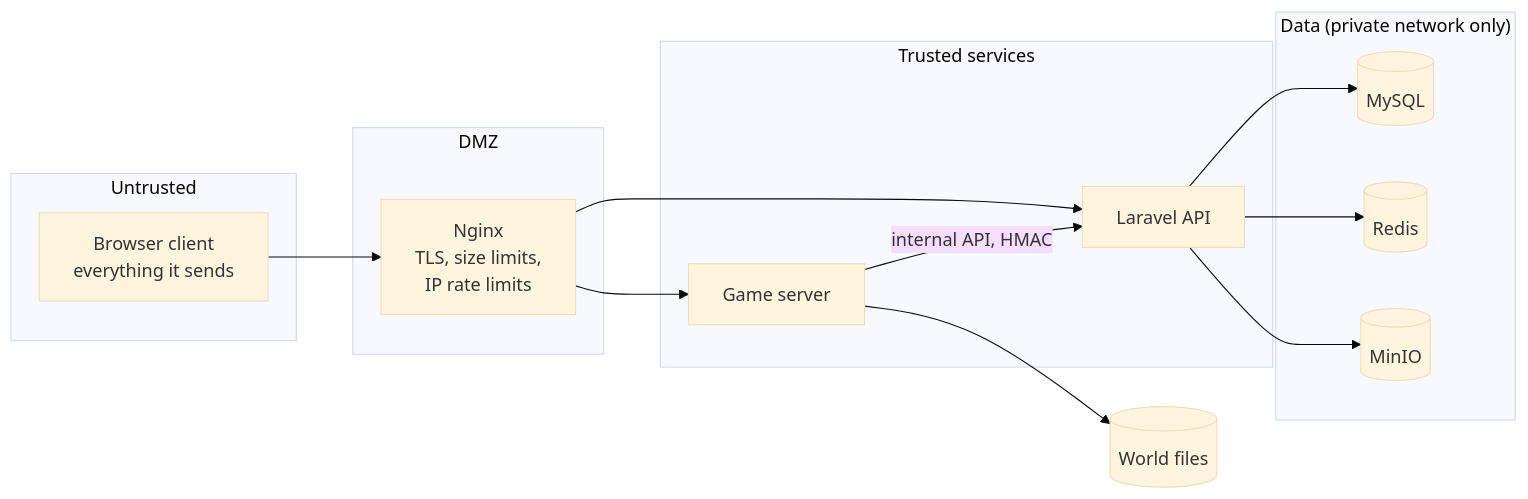
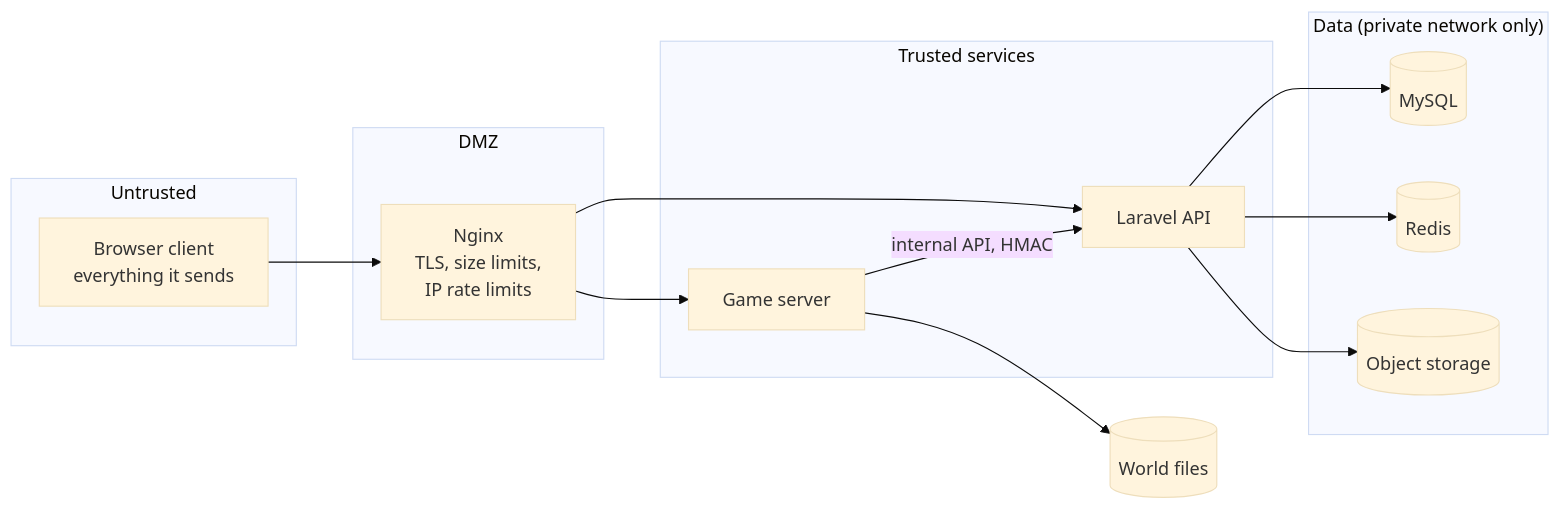
One commit to voxelize/voxelize changed the diagram in platform/docs/SECURITY.md. Above: the diagram before and after it, drawn with Mermaid (base theme). The commit also changed other lines of this file and 10 other files, not shown here.

First line of the commit message:
Object storage: SeaweedFS instead of the MinIO images that were taken down

````diff
--- a/platform/docs/SECURITY.md
+++ b/platform/docs/SECURITY.md
@@ -5,23 +5,23 @@
 ```mermaid
 flowchart LR
     subgraph Untrusted
         B[Browser client<br/>everything it sends]
     end
     subgraph DMZ
         N[Nginx<br/>TLS, size limits,<br/>IP rate limits]
     end
     subgraph Trusted["Trusted services"]
         G[Game server]
         A[Laravel API]
     end
     subgraph Data["Data (private network only)"]
         M[(MySQL)]
         R[(Redis)]
-        S[(MinIO)]
+        S[(Object storage)]
     end
     B --> N --> G
     N --> A
     G -- internal API, HMAC --> A
     A --> M & R & S
     G --> W[(World files)]
 ```
````
